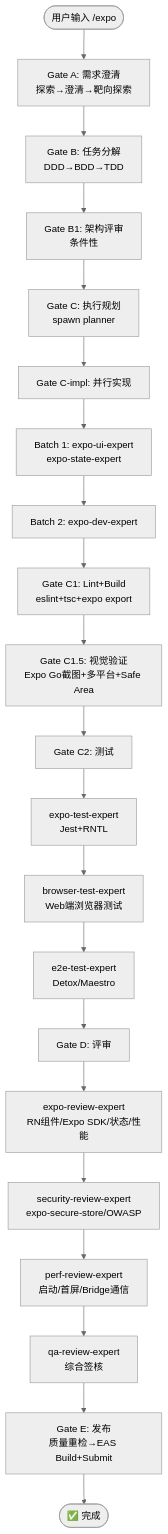
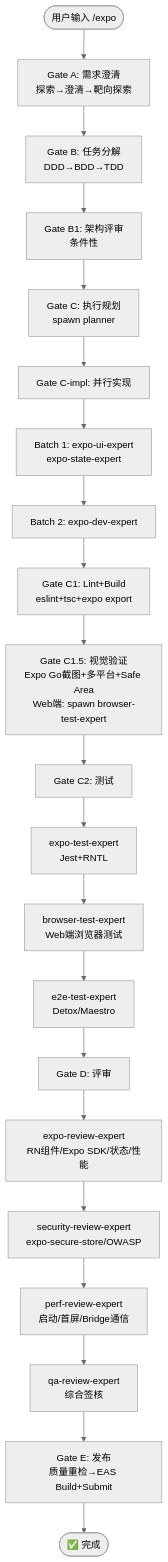
Before and after one commit to Wjl1224734792/Jarvis-Agent-Factory: the diagram in docs/flows/expo.md, drawn with Mermaid (neutral theme). The commit also changed 23 other files, not shown here.

First line of the commit message:
fix: v4.7.85 — Gate C1.5 browser-test-expert集成 + 全量文档同步

````diff
--- a/docs/flows/expo.md
+++ b/docs/flows/expo.md
@@ -32,23 +32,23 @@
 ```mermaid
 flowchart TD
     START([用户输入 /expo]) --> A[Gate A: 需求澄清<br/>探索→澄清→靶向探索]
     A --> B[Gate B: 任务分解<br/>DDD→BDD→TDD]
     B --> B1[Gate B1: 架构评审<br/>条件性]
     B1 --> C[Gate C: 执行规划<br/>spawn planner]
     C --> CI[Gate C-impl: 并行实现]
     CI --> CI1[Batch 1: expo-ui-expert<br/>expo-state-expert]
     CI1 --> CI2[Batch 2: expo-dev-expert]
     CI2 --> C1[Gate C1: Lint+Build<br/>eslint+tsc+expo export]
-    C1 --> C15[Gate C1.5: 视觉验证<br/>Expo Go截图+多平台+Safe Area]
+    C1 --> C15[Gate C1.5: 视觉验证<br/>Expo Go截图+多平台+Safe Area<br/>Web端: spawn browser-test-expert]
     C15 --> C2[Gate C2: 测试]
     C2 --> C2A[expo-test-expert<br/>Jest+RNTL]
     C2A --> C2B[browser-test-expert<br/>Web端浏览器测试]
     C2B --> C2C[e2e-test-expert<br/>Detox/Maestro]
     C2C --> D[Gate D: 评审]
     D --> D1[expo-review-expert<br/>RN组件/Expo SDK/状态/性能]
     D1 --> D2[security-review-expert<br/>expo-secure-store/OWASP]
     D2 --> D3[perf-review-expert<br/>启动/首屏/Bridge通信]
     D3 --> D4[qa-review-expert<br/>综合签核]
     D4 --> E[Gate E: 发布<br/>质量重检→EAS Build+Submit]
     E --> DONE([✅ 完成])
 ```
````
